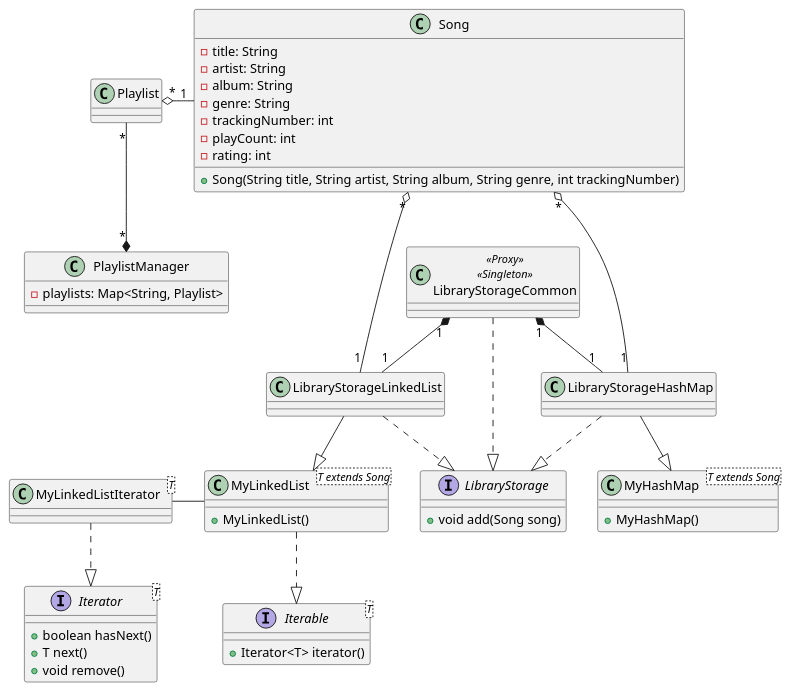
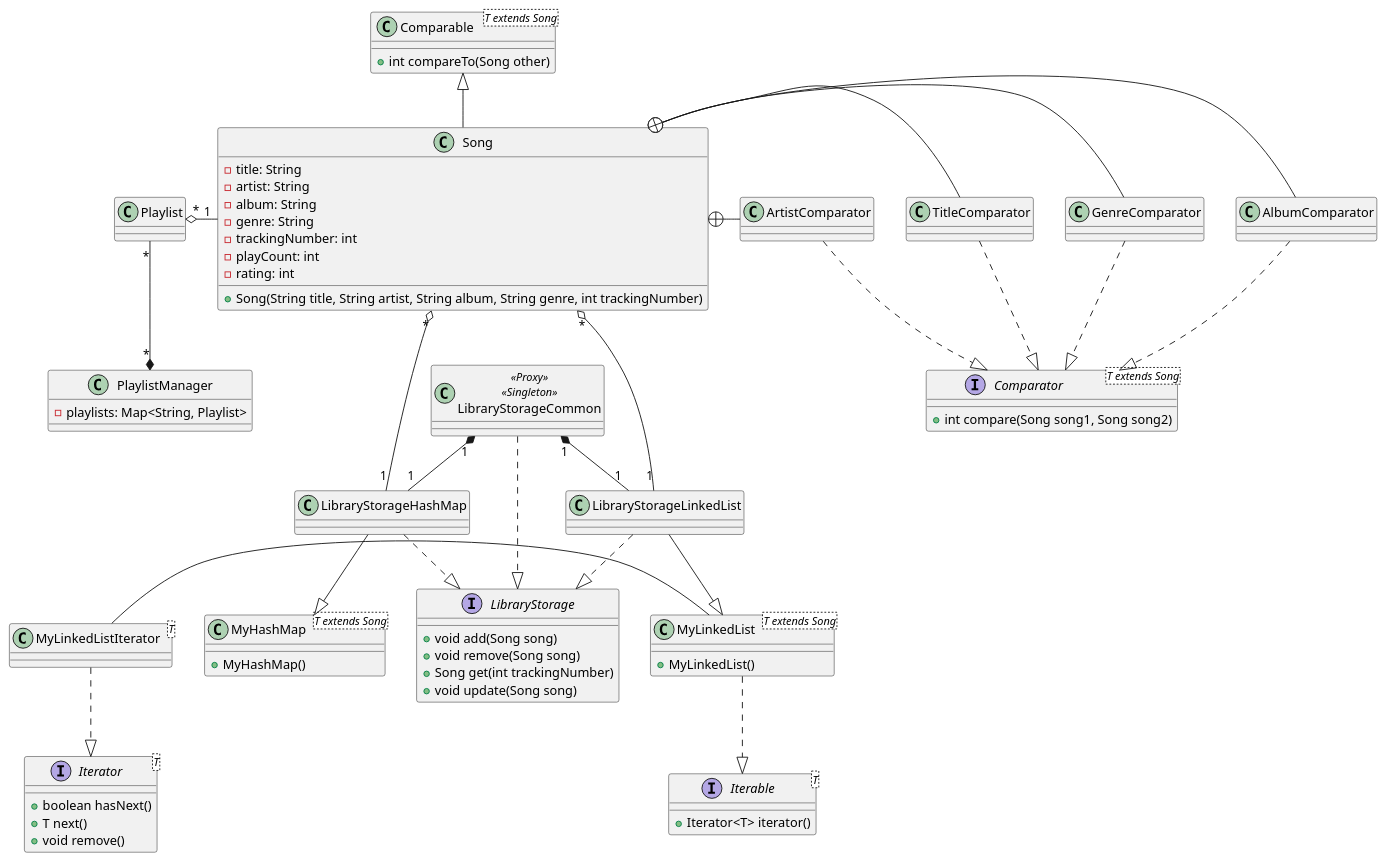
One commit to sinux-l5d/music-manager changed the diagram in uml/library.puml. Above: the diagram before and after it, drawn with PlantUML.

Commit message:
doc: added comparable/comparator

```diff
--- a/uml/library.puml
+++ b/uml/library.puml
@@ -1,75 +1,98 @@
 @startuml
 
 'Relationships
 LibraryStorageCommon "1" *-- "1" LibraryStorageLinkedList
 LibraryStorageCommon "1" *-- "1" LibraryStorageHashMap
 LibraryStorageCommon ..|> LibraryStorage
 
 MyLinkedListIterator - MyLinkedList
 MyLinkedListIterator ..|> Iterator
 MyLinkedList ..|> Iterable
 
 Playlist "*" --* "*" PlaylistManager
 Playlist "*" o- "1" Song
 
 LibraryStorageHashMap ..|> LibraryStorage
 LibraryStorageHashMap --|> MyHashMap
 Song "*" o--- "1" LibraryStorageHashMap
 
 LibraryStorageLinkedList ..|> LibraryStorage
 LibraryStorageLinkedList --|> MyLinkedList
 Song "*" o--- "1" LibraryStorageLinkedList
 
+Comparable <|-- Song
+
+TitleComparator ..|> Comparator
+Song +- TitleComparator
+ArtistComparator ..|> Comparator
+Song +- ArtistComparator
+AlbumComparator ..|> Comparator
+Song +- AlbumComparator
+GenreComparator ..|> Comparator
+Song +- GenreComparator
+
+
+class Comparable<T extends Song> {
+    + int compareTo(Song other)
+}
+
+interface Comparator<T extends Song> {
+    + int compare(Song song1, Song song2)
+}
+
 class LibraryStorageCommon <<Proxy>> <<Singleton>>
 
 interface LibraryStorage {
     + void add(Song song)
+    + void remove(Song song)
+    + Song get(int trackingNumber)
+    + void update(Song song)
 }
 
 'Linked list
 class LibraryStorageLinkedList
 
 class MyLinkedList<T extends Song> {
     + MyLinkedList()
 }
 
 class MyLinkedListIterator<T>
 
 interface Iterable<T> {
     + Iterator<T> iterator()
 }
 
 interface Iterator<T> {
     + boolean hasNext()
     + T next()
     + void remove()
 }
 
 'Hash map
 
 class LibraryStorageHashMap
 
 class MyHashMap<T extends Song> {
     + MyHashMap()
 }
 
 'Song
 
 class Song {
     - title: String
     - artist: String
     - album: String
     - genre: String
     - trackingNumber: int
     - playCount: int
     - rating: int
     + Song(String title, String artist, String album, String genre, int trackingNumber)
 }
 
 'Playlists
 
 class PlaylistManager {
     - playlists: Map<String, Playlist>
 }
 
 @enduml
```
